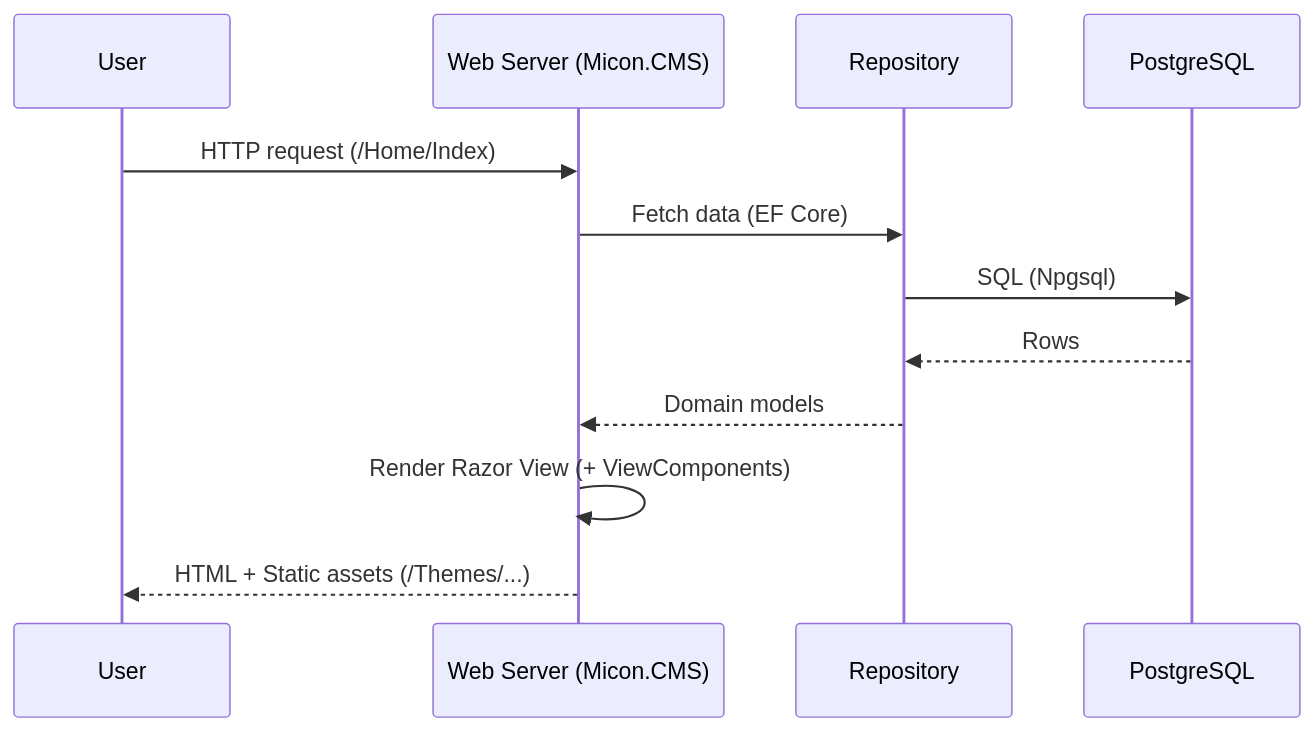
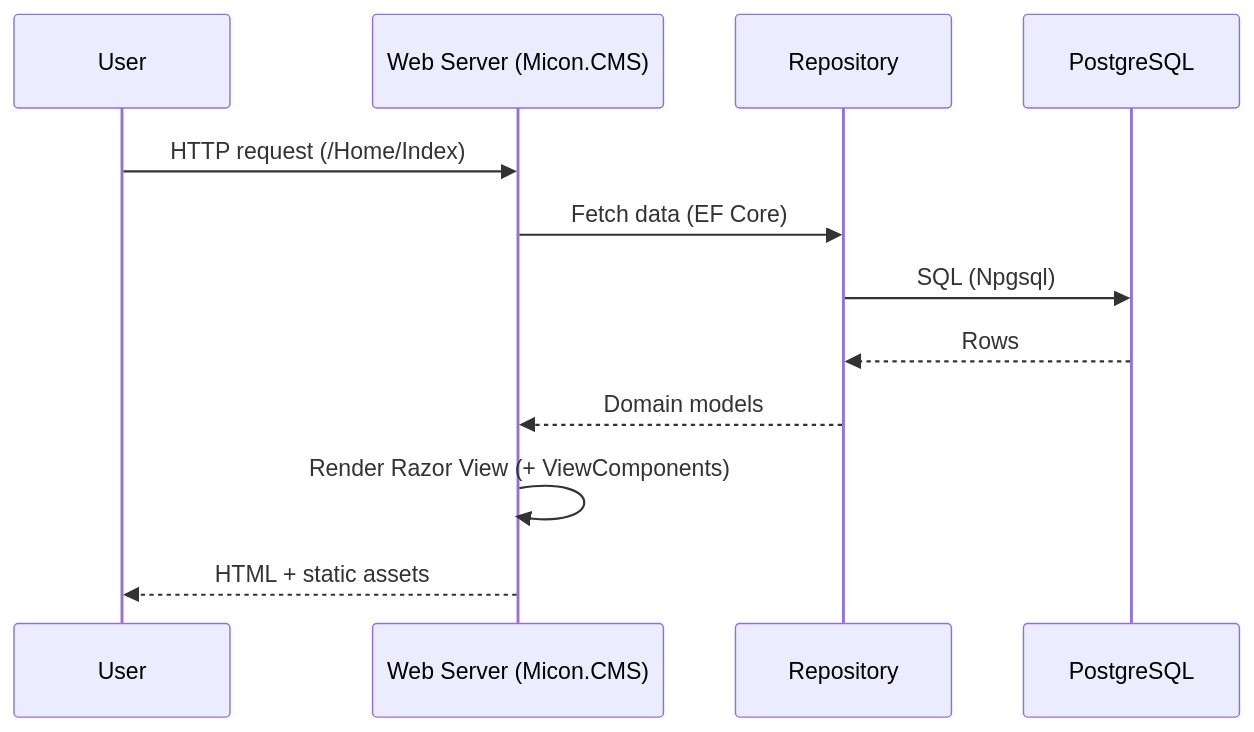
Before and after one commit to kindai-micon/Micon.CMS: the second of 3 diagrams in README.md, drawn with Mermaid. The commit also changed other lines of this file and 1 other file, not shown here.

````diff
--- a/README.md
+++ b/README.md
@@ -61,14 +71,14 @@
 ```mermaid
 sequenceDiagram
   participant U as User
   participant W as Web Server (Micon.CMS)
   participant R as Repository
   participant D as PostgreSQL
   U->>W: HTTP request (/Home/Index)
   W->>R: Fetch data (EF Core)
   R->>D: SQL (Npgsql)
   D-->>R: Rows
   R-->>W: Domain models
   W->>W: Render Razor View (+ ViewComponents)
-  W-->>U: HTML + Static assets (/Themes/...)
+  W-->>U: HTML + static assets
 ```
````
